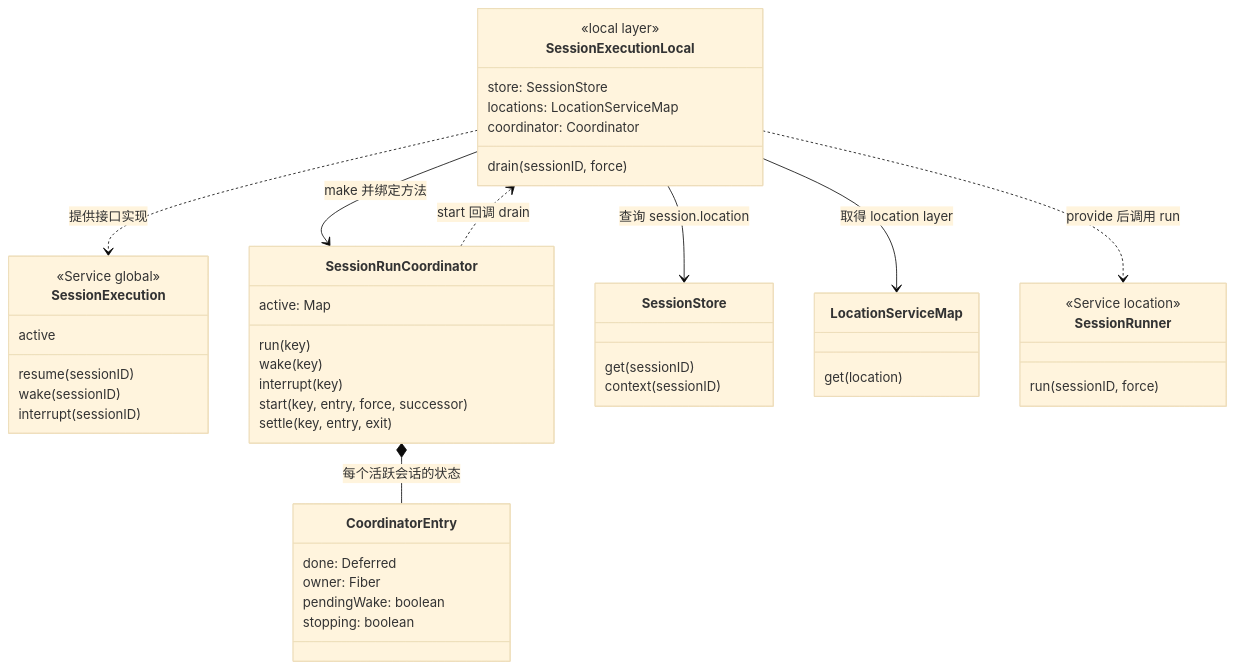
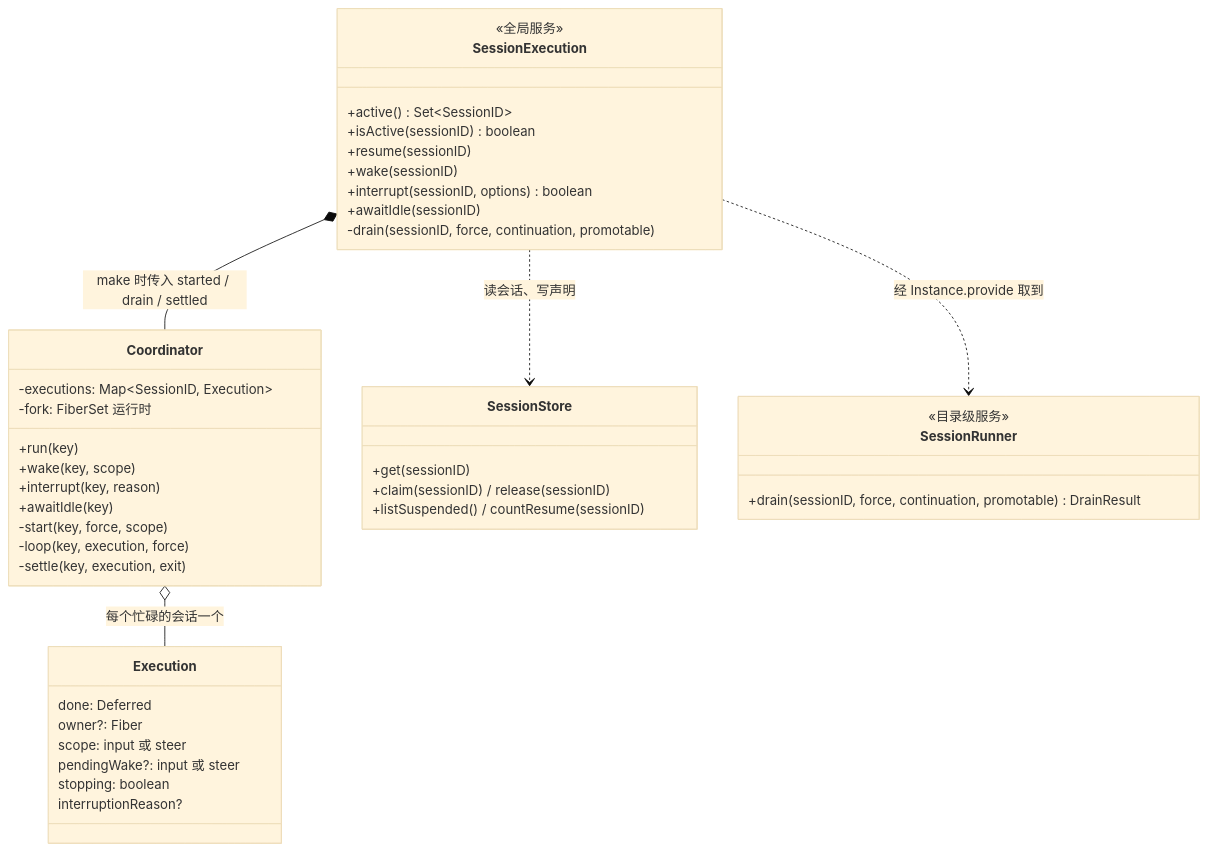
One commit to nickqiaoo/nickqiaoo.github.io changed the fifth of 13 diagrams in src/content/post/agents-opencode/index.md. Above: the diagram before and after it, drawn with Mermaid (base theme). The commit also changed other lines of this file and 1 other file, not shown here.

````diff
--- a/src/content/post/agents-opencode/index.md
+++ b/src/content/post/agents-opencode/index.md
@@ -314,50 +248,45 @@
 ```mermaid
 classDiagram
-  direction TB
   class SessionExecution {
-    <<Service global>>
-    active
-    resume(sessionID)
-    wake(sessionID)
-    interrupt(sessionID)
+    <<全局服务>>
+    +active() Set~SessionID~
+    +isActive(sessionID) boolean
+    +resume(sessionID)
+    +wake(sessionID)
+    +interrupt(sessionID, options) boolean
+    +awaitIdle(sessionID)
+    -drain(sessionID, force, continuation, promotable)
   }
-  class SessionExecutionLocal {
-    <<local layer>>
-    store: SessionStore
-    locations: LocationServiceMap
-    coordinator: Coordinator
-    drain(sessionID, force)
+  class Coordinator {
+    -executions: Map~SessionID, Execution~
+    -fork: FiberSet 运行时
+    +run(key)
+    +wake(key, scope)
+    +interrupt(key, reason)
+    +awaitIdle(key)
+    -start(key, force, scope)
+    -loop(key, execution, force)
+    -settle(key, execution, exit)
   }
-  class SessionRunCoordinator {
-    active: Map
-    run(key)
-    wake(key)
-    interrupt(key)
-    start(key, entry, force, successor)
-    settle(key, entry, exit)
-  }
-  class CoordinatorEntry {
+  class Execution {
     done: Deferred
-    owner: Fiber
-    pendingWake: boolean
+    owner?: Fiber
+    scope: input 或 steer
+    pendingWake?: input 或 steer
     stopping: boolean
+    interruptionReason?
   }
   class SessionStore {
-    get(sessionID)
-    context(sessionID)
-  }
-  class LocationServiceMap {
-    get(location)
+    +get(sessionID)
+    +claim(sessionID) / release(sessionID)
+    +listSuspended() / countResume(sessionID)
   }
   class SessionRunner {
-    <<Service location>>
-    run(sessionID, force)
+    <<目录级服务>>
+    +drain(sessionID, force, continuation, promotable) DrainResult
   }
-  SessionExecutionLocal ..> SessionExecution : 提供接口实现
-  SessionExecutionLocal --> SessionRunCoordinator : make 并绑定方法
-  SessionRunCoordinator *-- CoordinatorEntry : 每个活跃会话的状态
-  SessionRunCoordinator ..> SessionExecutionLocal : start 回调 drain
-  SessionExecutionLocal --> SessionStore : 查询 session.location
-  SessionExecutionLocal --> LocationServiceMap : 取得 location layer
-  SessionExecutionLocal ..> SessionRunner : provide 后调用 run
+  SessionExecution *-- Coordinator : make 时传入 started / drain / settled
+  Coordinator o-- Execution : 每个忙碌的会话一个
+  SessionExecution ..> SessionStore : 读会话、写声明
+  SessionExecution ..> SessionRunner : 经 Instance.provide 取到
 ```
````
